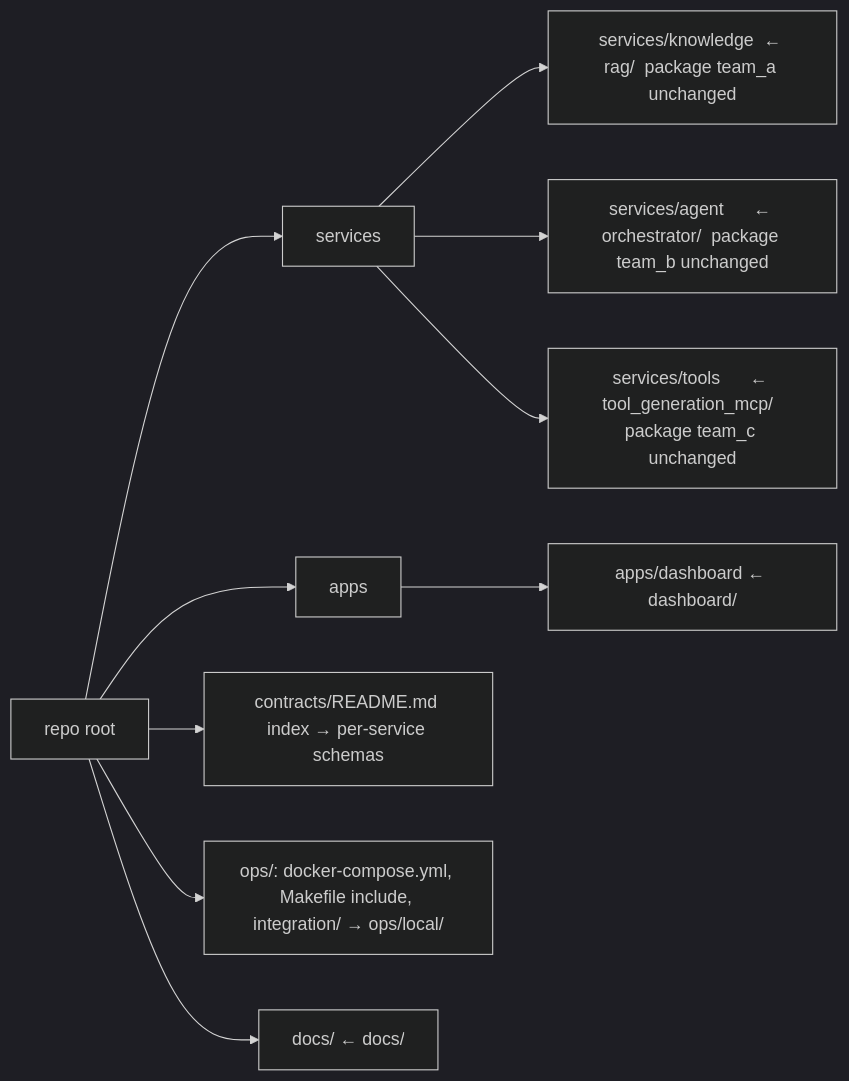
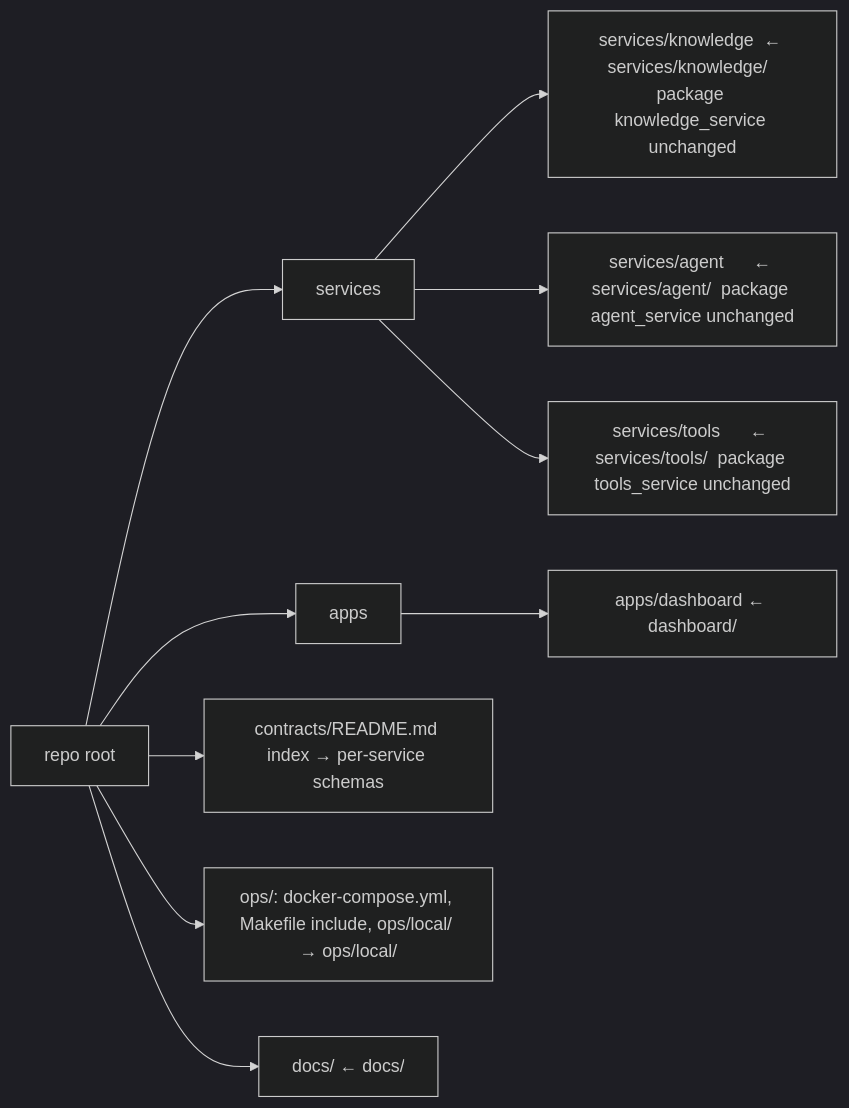
One commit to georgeemiL787/Ticket-Easy changed the third of 3 diagrams in docs/plan/TICKET_EASY_MASTER_PLAN.md. Above: the diagram before and after it, drawn with Mermaid (dark theme). The commit also changed other lines of this file and 83 other files, not shown here.

````diff
--- a/docs/plan/TICKET_EASY_MASTER_PLAN.md
+++ b/docs/plan/TICKET_EASY_MASTER_PLAN.md
@@ -137,11 +137,11 @@
 ```mermaid
 flowchart LR
   root[repo root] --> services
-  services --> s1[services/knowledge  ← rag/  package team_a unchanged]
-  services --> s2[services/agent      ← orchestrator/  package team_b unchanged]
-  services --> s3[services/tools      ← tool_generation_mcp/  package team_c unchanged]
+  services --> s1[services/knowledge  ← services/knowledge/  package knowledge_service unchanged]
+  services --> s2[services/agent      ← services/agent/  package agent_service unchanged]
+  services --> s3[services/tools      ← services/tools/  package tools_service unchanged]
   root --> apps --> d[apps/dashboard ← dashboard/]
   root --> contracts[contracts/README.md index → per-service schemas]
-  root --> ops[ops/: docker-compose.yml, Makefile include, integration/ → ops/local/]
+  root --> ops[ops/: docker-compose.yml, Makefile include, ops/local/ → ops/local/]
   root --> docs[docs/ ← docs/]
 ```
````
